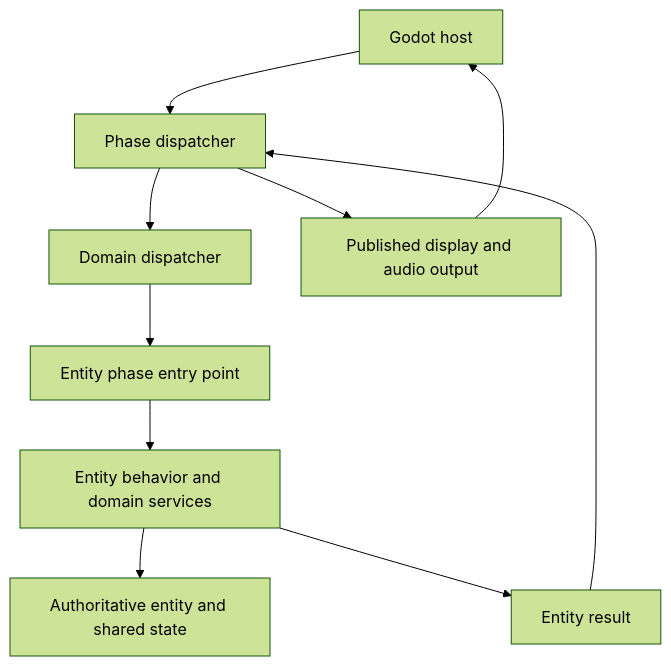
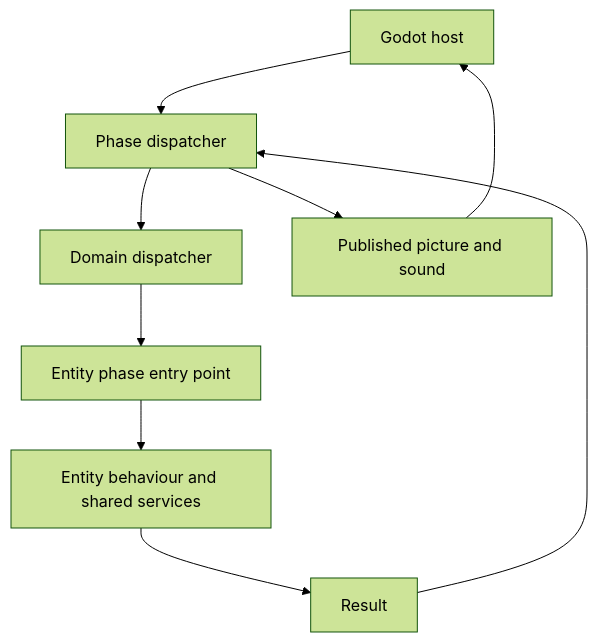
Before and after one commit to MrJackSpade/SuperMetroidDecomp: the diagram in docs/godot-architecture.md, drawn with Mermaid (forest theme). The commit also changed other lines of this file and 8 other files, not shown here.

````diff
--- a/docs/godot-architecture.md
+++ b/docs/godot-architecture.md
@@ -51,12 +100,11 @@
 ```mermaid
 flowchart TD
     G[Godot host] --> P[Phase dispatcher]
     P --> D[Domain dispatcher]
     D --> E[Entity phase entry point]
-    E --> S[Entity behavior and domain services]
-    S --> A[Authoritative entity and shared state]
-    S --> R[Entity result]
+    E --> S[Entity behaviour and shared services]
+    S --> R[Result]
     R --> P
-    P --> O[Published display and audio output]
+    P --> O[Published picture and sound]
     O --> G
 ```
````
